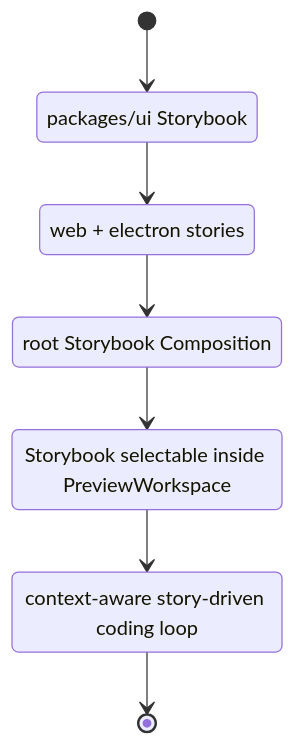
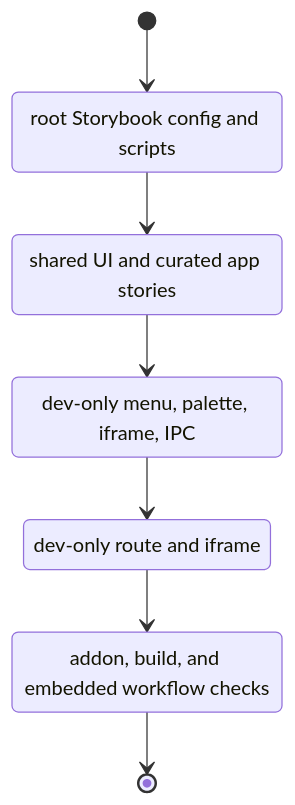
The fourth of 4 diagrams in docs/explorations/0107_[_]_STORYBOOK_PERFORMANCE_PANEL_AND_ELECTRON_IDE_WORKSHOP.md (crs48/xNet), drawn with Mermaid before and after one commit. The commit also changed other lines of this file, not shown here.

First line of the commit message:
docs(exploration): update Storybook implementation direction

````diff
--- a/docs/explorations/0107_[_]_STORYBOOK_PERFORMANCE_PANEL_AND_ELECTRON_IDE_WORKSHOP.md
+++ b/docs/explorations/0107_[_]_STORYBOOK_PERFORMANCE_PANEL_AND_ELECTRON_IDE_WORKSHOP.md
@@ -328,14 +329,14 @@
 ```mermaid
 stateDiagram-v2
-  [*] --> UIStories
-  UIStories: packages/ui Storybook
-  UIStories --> AppStories
-  AppStories: web + electron stories
-  AppStories --> ComposedWorkshop
-  ComposedWorkshop: root Storybook Composition
-  ComposedWorkshop --> ElectronPreviewTarget
-  ElectronPreviewTarget: Storybook selectable inside PreviewWorkspace
-  ElectronPreviewTarget --> LLMIDE
-  LLMIDE: context-aware story-driven coding loop
-  LLMIDE --> [*]
+  [*] --> RootStorybook
+  RootStorybook: root Storybook config and scripts
+  RootStorybook --> InitialStories
+  InitialStories: shared UI and curated app stories
+  InitialStories --> ElectronEmbed
+  ElectronEmbed: dev-only menu, palette, iframe, IPC
+  ElectronEmbed --> WebEmbed
+  WebEmbed: dev-only route and iframe
+  WebEmbed --> Validation
+  Validation: addon, build, and embedded workflow checks
+  Validation --> [*]
 ```
````
